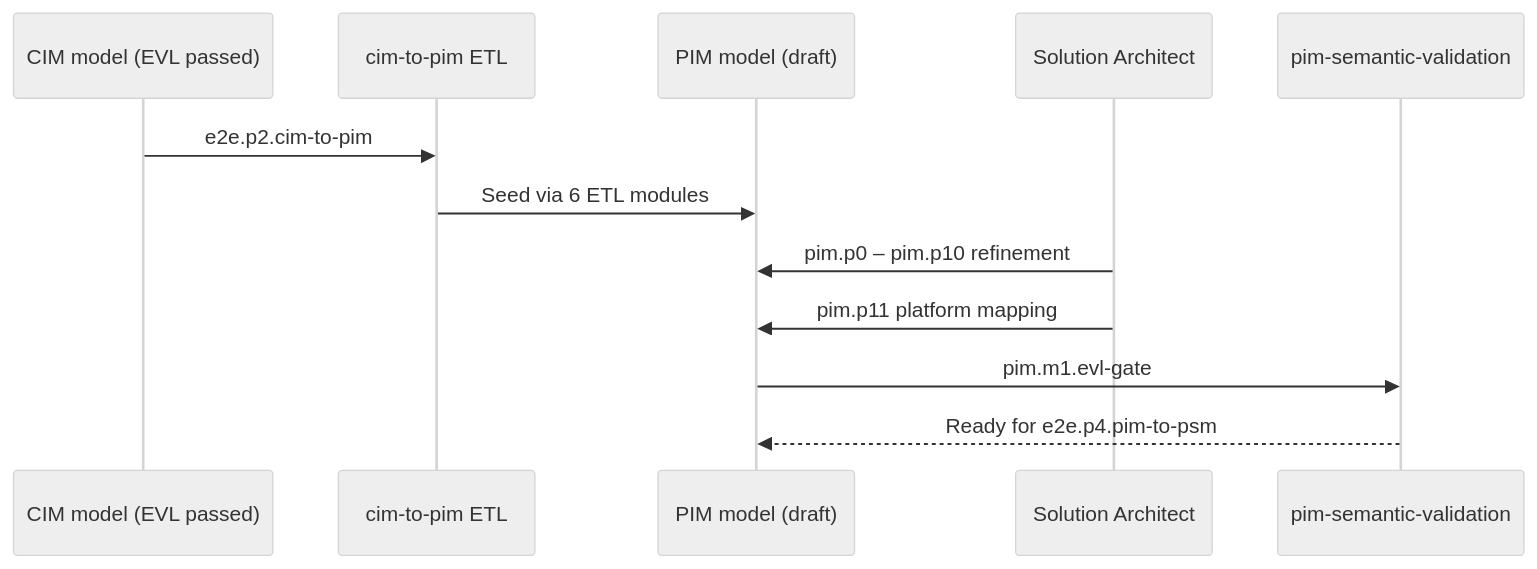
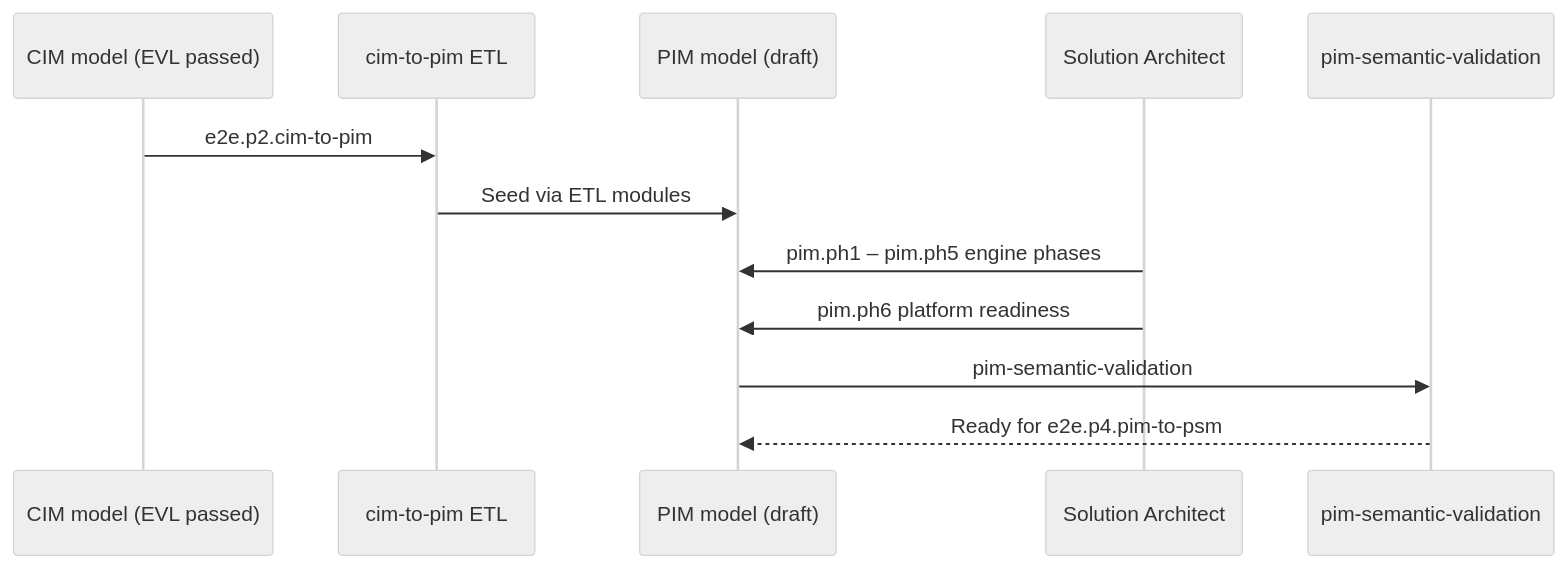
One commit to mehdieidi/modriss changed the third of 3 diagrams in docs/diagrams/25-pim-methodology.md. Above: the diagram before and after it, drawn with Mermaid (neutral theme). The commit also changed other lines of this file and 65 other files, not shown here.

````diff
--- a/docs/diagrams/25-pim-methodology.md
+++ b/docs/diagrams/25-pim-methodology.md
@@ -92,15 +67,15 @@
 ```mermaid
 sequenceDiagram
     participant CIM as CIM model (EVL passed)
     participant ETL as cim-to-pim ETL
     participant PIM as PIM model (draft)
     participant SA as Solution Architect
     participant EVL as pim-semantic-validation
 
     CIM->>ETL: e2e.p2.cim-to-pim
-    ETL->>PIM: Seed via 6 ETL modules
-    SA->>PIM: pim.p0 – pim.p10 refinement
-    SA->>PIM: pim.p11 platform mapping
-    PIM->>EVL: pim.m1.evl-gate
+    ETL->>PIM: Seed via ETL modules
+    SA->>PIM: pim.ph1 – pim.ph5 engine phases
+    SA->>PIM: pim.ph6 platform readiness
+    PIM->>EVL: pim-semantic-validation
     EVL-->>PIM: Ready for e2e.p4.pim-to-psm
 ```
````
